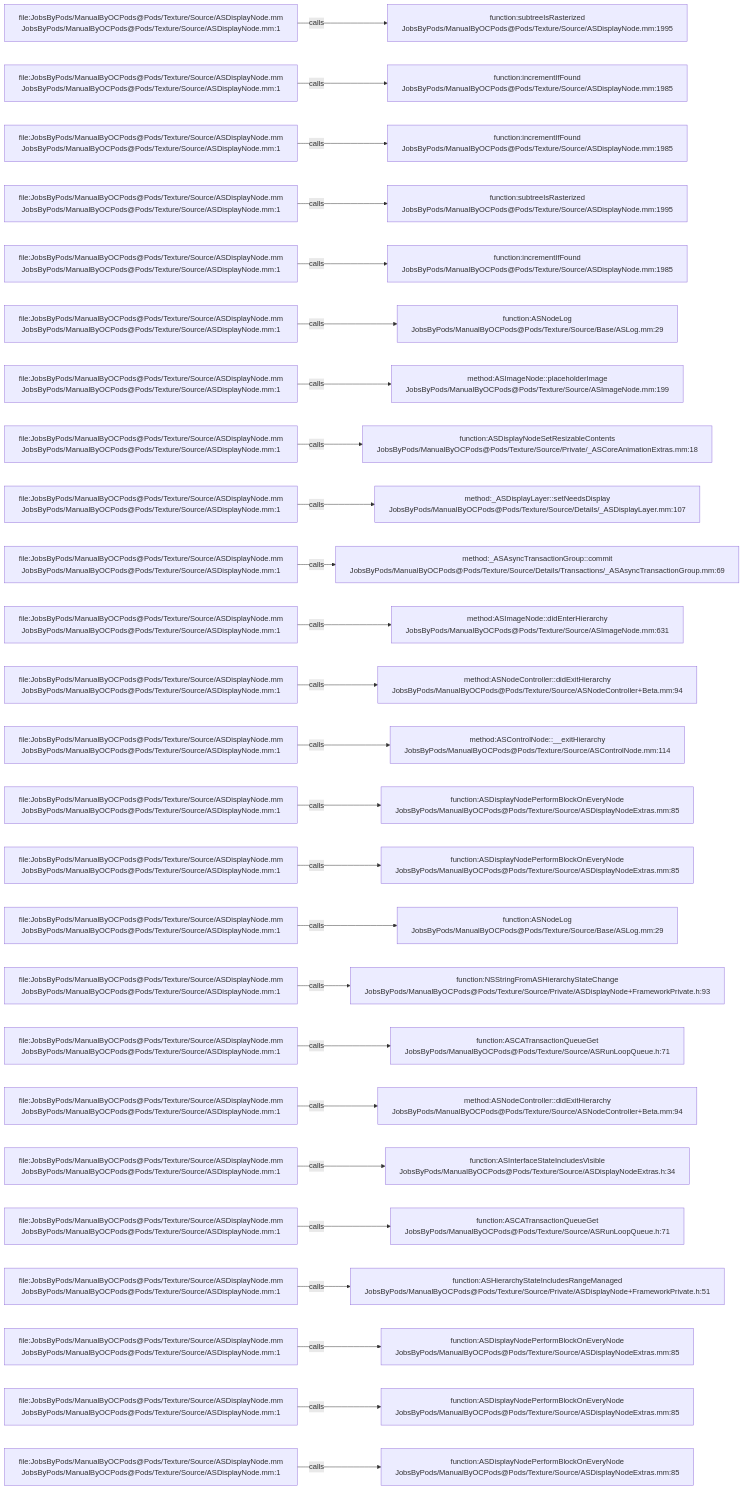
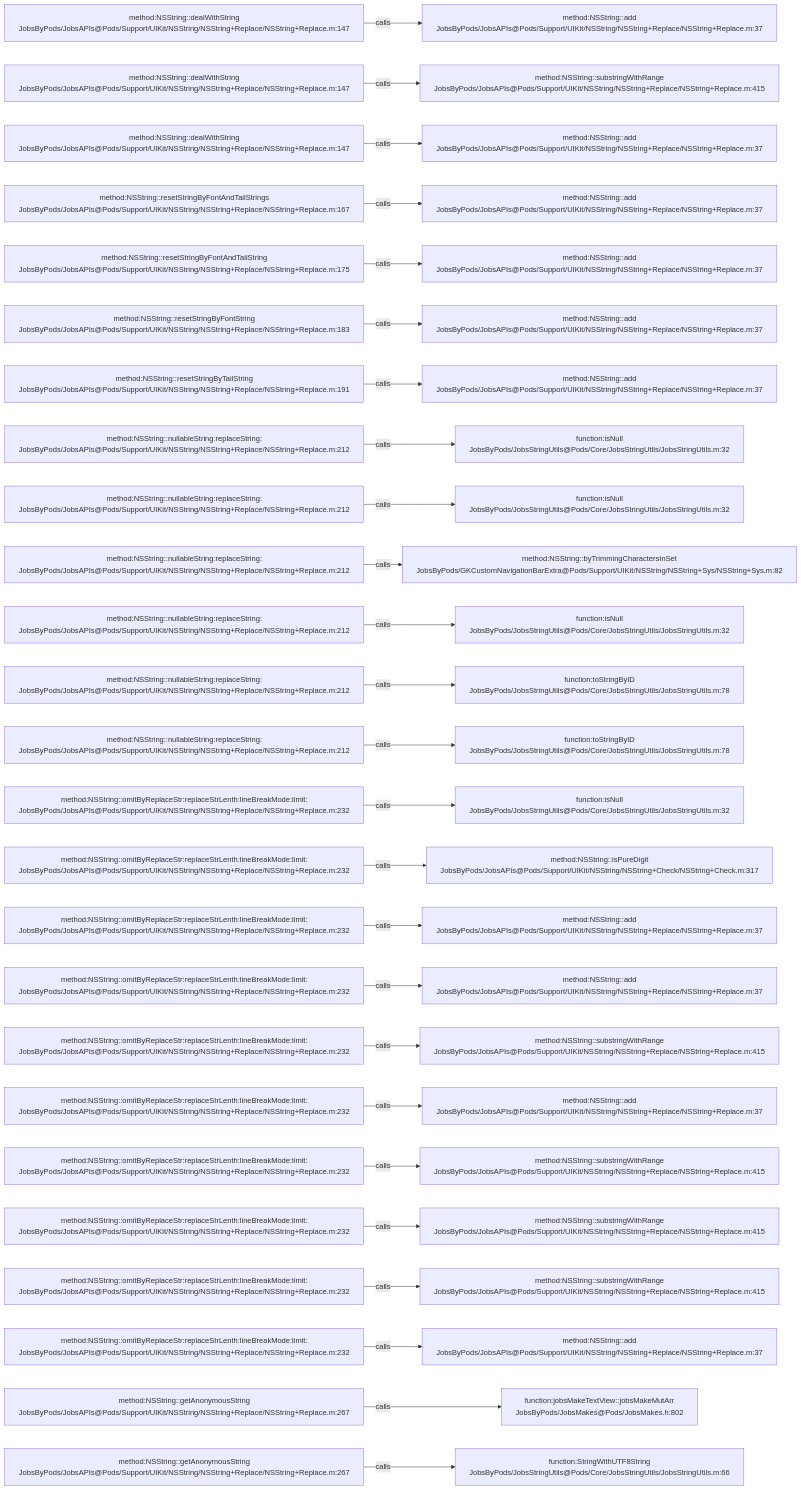
One commit to JobsKits/JobsOCBaseConfigDemo changed the diagram in .codegraph/codegraph.md/graphs/calls-087.md. Above: the diagram before and after it, drawn with Mermaid. The commit also changed 768 other files, not shown here.

````diff
--- a/.codegraph/codegraph.md/graphs/calls-087.md
+++ b/.codegraph/codegraph.md/graphs/calls-087.md
@@ -13,78 +13,78 @@
 ```mermaid
 flowchart LR
-  S1["file:JobsByPods/ManualByOCPods@Pods/Texture/Source/ASDisplayNode.mm<br/>JobsByPods/ManualByOCPods@Pods/Texture/Source/ASDisplayNode.mm:1"]
-  T1["function:subtreeIsRasterized<br/>JobsByPods/ManualByOCPods@Pods/Texture/Source/ASDisplayNode.mm:1995"]
+  S1["method:NSString::dealWithString<br/>JobsByPods/JobsAPIs@Pods/Support/UIKit/NSString/NSString+Replace/NSString+Replace.m:147"]
+  T1["method:NSString::add<br/>JobsByPods/JobsAPIs@Pods/Support/UIKit/NSString/NSString+Replace/NSString+Replace.m:37"]
   S1 -->|calls| T1
-  S2["file:JobsByPods/ManualByOCPods@Pods/Texture/Source/ASDisplayNode.mm<br/>JobsByPods/ManualByOCPods@Pods/Texture/Source/ASDisplayNode.mm:1"]
-  T2["function:incrementIfFound<br/>JobsByPods/ManualByOCPods@Pods/Texture/Source/ASDisplayNode.mm:1985"]
+  S2["method:NSString::dealWithString<br/>JobsByPods/JobsAPIs@Pods/Support/UIKit/NSString/NSString+Replace/NSString+Replace.m:147"]
+  T2["method:NSString::substringWithRange<br/>JobsByPods/JobsAPIs@Pods/Support/UIKit/NSString/NSString+Replace/NSString+Replace.m:415"]
   S2 -->|calls| T2
-  S3["file:JobsByPods/ManualByOCPods@Pods/Texture/Source/ASDisplayNode.mm<br/>JobsByPods/ManualByOCPods@Pods/Texture/Source/ASDisplayNode.mm:1"]
-  T3["function:incrementIfFound<br/>JobsByPods/ManualByOCPods@Pods/Texture/Source/ASDisplayNode.mm:1985"]
+  S3["method:NSString::dealWithString<br/>JobsByPods/JobsAPIs@Pods/Support/UIKit/NSString/NSString+Replace/NSString+Replace.m:147"]
+  T3["method:NSString::add<br/>JobsByPods/JobsAPIs@Pods/Support/UIKit/NSString/NSString+Replace/NSString+Replace.m:37"]
   S3 -->|calls| T3
-  S4["file:JobsByPods/ManualByOCPods@Pods/Texture/Source/ASDisplayNode.mm<br/>JobsByPods/ManualByOCPods@Pods/Texture/Source/ASDisplayNode.mm:1"]
-  T4["function:subtreeIsRasterized<br/>JobsByPods/ManualByOCPods@Pods/Texture/Source/ASDisplayNode.mm:1995"]
+  S4["method:NSString::resetStringByFontAndTailStrings<br/>JobsByPods/JobsAPIs@Pods/Support/UIKit/NSString/NSString+Replace/NSString+Replace.m:167"]
+  T4["method:NSString::add<br/>JobsByPods/JobsAPIs@Pods/Support/UIKit/NSString/NSString+Replace/NSString+Replace.m:37"]
   S4 -->|calls| T4
-  S5["file:JobsByPods/ManualByOCPods@Pods/Texture/Source/ASDisplayNode.mm<br/>JobsByPods/ManualByOCPods@Pods/Texture/Source/ASDisplayNode.mm:1"]
-  T5["function:incrementIfFound<br/>JobsByPods/ManualByOCPods@Pods/Texture/Source/ASDisplayNode.mm:1985"]
+  S5["method:NSString::resetStringByFontAndTailString<br/>JobsByPods/JobsAPIs@Pods/Support/UIKit/NSString/NSString+Replace/NSString+Replace.m:175"]
+  T5["method:NSString::add<br/>JobsByPods/JobsAPIs@Pods/Support/UIKit/NSString/NSString+Replace/NSString+Replace.m:37"]
   S5 -->|calls| T5
-  S6["file:JobsByPods/ManualByOCPods@Pods/Texture/Source/ASDisplayNode.mm<br/>JobsByPods/ManualByOCPods@Pods/Texture/Source/ASDisplayNode.mm:1"]
-  T6["function:ASNodeLog<br/>JobsByPods/ManualByOCPods@Pods/Texture/Source/Base/ASLog.mm:29"]
+  S6["method:NSString::resetStringByFontString<br/>JobsByPods/JobsAPIs@Pods/Support/UIKit/NSString/NSString+Replace/NSString+Replace.m:183"]
+  T6["method:NSString::add<br/>JobsByPods/JobsAPIs@Pods/Support/UIKit/NSString/NSString+Replace/NSString+Replace.m:37"]
   S6 -->|calls| T6
-  S7["file:JobsByPods/ManualByOCPods@Pods/Texture/Source/ASDisplayNode.mm<br/>JobsByPods/ManualByOCPods@Pods/Texture/Source/ASDisplayNode.mm:1"]
-  T7["method:ASImageNode::placeholderImage<br/>JobsByPods/ManualByOCPods@Pods/Texture/Source/ASImageNode.mm:199"]
+  S7["method:NSString::resetStringByTailString<br/>JobsByPods/JobsAPIs@Pods/Support/UIKit/NSString/NSString+Replace/NSString+Replace.m:191"]
+  T7["method:NSString::add<br/>JobsByPods/JobsAPIs@Pods/Support/UIKit/NSString/NSString+Replace/NSString+Replace.m:37"]
   S7 -->|calls| T7
-  S8["file:JobsByPods/ManualByOCPods@Pods/Texture/Source/ASDisplayNode.mm<br/>JobsByPods/ManualByOCPods@Pods/Texture/Source/ASDisplayNode.mm:1"]
-  T8["function:ASDisplayNodeSetResizableContents<br/>JobsByPods/ManualByOCPods@Pods/Texture/Source/Private/_ASCoreAnimationExtras.mm:18"]
+  S8["method:NSString::nullableString:replaceString:<br/>JobsByPods/JobsAPIs@Pods/Support/UIKit/NSString/NSString+Replace/NSString+Replace.m:212"]
+  T8["function:isNull<br/>JobsByPods/JobsStringUtils@Pods/Core/JobsStringUtils/JobsStringUtils.m:32"]
   S8 -->|calls| T8
-  S9["file:JobsByPods/ManualByOCPods@Pods/Texture/Source/ASDisplayNode.mm<br/>JobsByPods/ManualByOCPods@Pods/Texture/Source/ASDisplayNode.mm:1"]
-  T9["method:_ASDisplayLayer::setNeedsDisplay<br/>JobsByPods/ManualByOCPods@Pods/Texture/Source/Details/_ASDisplayLayer.mm:107"]
+  S9["method:NSString::nullableString:replaceString:<br/>JobsByPods/JobsAPIs@Pods/Support/UIKit/NSString/NSString+Replace/NSString+Replace.m:212"]
+  T9["function:isNull<br/>JobsByPods/JobsStringUtils@Pods/Core/JobsStringUtils/JobsStringUtils.m:32"]
   S9 -->|calls| T9
-  S10["file:JobsByPods/ManualByOCPods@Pods/Texture/Source/ASDisplayNode.mm<br/>JobsByPods/ManualByOCPods@Pods/Texture/Source/ASDisplayNode.mm:1"]
-  T10["method:_ASAsyncTransactionGroup::commit<br/>JobsByPods/ManualByOCPods@Pods/Texture/Source/Details/Transactions/_ASAsyncTransactionGroup.mm:69"]
+  S10["method:NSString::nullableString:replaceString:<br/>JobsByPods/JobsAPIs@Pods/Support/UIKit/NSString/NSString+Replace/NSString+Replace.m:212"]
+  T10["method:NSString::byTrimmingCharactersInSet<br/>JobsByPods/GKCustomNavigationBarExtra@Pods/Support/UIKit/NSString/NSString+Sys/NSString+Sys.m:82"]
   S10 -->|calls| T10
-  S11["file:JobsByPods/ManualByOCPods@Pods/Texture/Source/ASDisplayNode.mm<br/>JobsByPods/ManualByOCPods@Pods/Texture/Source/ASDisplayNode.mm:1"]
-  T11["method:ASImageNode::didEnterHierarchy<br/>JobsByPods/ManualByOCPods@Pods/Texture/Source/ASImageNode.mm:631"]
+  S11["method:NSString::nullableString:replaceString:<br/>JobsByPods/JobsAPIs@Pods/Support/UIKit/NSString/NSString+Replace/NSString+Replace.m:212"]
+  T11["function:isNull<br/>JobsByPods/JobsStringUtils@Pods/Core/JobsStringUtils/JobsStringUtils.m:32"]
   S11 -->|calls| T11
-  S12["file:JobsByPods/ManualByOCPods@Pods/Texture/Source/ASDisplayNode.mm<br/>JobsByPods/ManualByOCPods@Pods/Texture/Source/ASDisplayNode.mm:1"]
-  T12["method:ASNodeController::didExitHierarchy<br/>JobsByPods/ManualByOCPods@Pods/Texture/Source/ASNodeController+Beta.mm:94"]
+  S12["method:NSString::nullableString:replaceString:<br/>JobsByPods/JobsAPIs@Pods/Support/UIKit/NSString/NSString+Replace/NSString+Replace.m:212"]
+  T12["function:toStringByID<br/>JobsByPods/JobsStringUtils@Pods/Core/JobsStringUtils/JobsStringUtils.m:78"]
   S12 -->|calls| T12
-  S13["file:JobsByPods/ManualByOCPods@Pods/Texture/Source/ASDisplayNode.mm<br/>JobsByPods/ManualByOCPods@Pods/Texture/Source/ASDisplayNode.mm:1"]
-  T13["method:ASControlNode::__exitHierarchy<br/>JobsByPods/ManualByOCPods@Pods/Texture/Source/ASControlNode.mm:114"]
+  S13["method:NSString::nullableString:replaceString:<br/>JobsByPods/JobsAPIs@Pods/Support/UIKit/NSString/NSString+Replace/NSString+Replace.m:212"]
+  T13["function:toStringByID<br/>JobsByPods/JobsStringUtils@Pods/Core/JobsStringUtils/JobsStringUtils.m:78"]
   S13 -->|calls| T13
-  S14["file:JobsByPods/ManualByOCPods@Pods/Texture/Source/ASDisplayNode.mm<br/>JobsByPods/ManualByOCPods@Pods/Texture/Source/ASDisplayNode.mm:1"]
-  T14["function:ASDisplayNodePerformBlockOnEveryNode<br/>JobsByPods/ManualByOCPods@Pods/Texture/Source/ASDisplayNodeExtras.mm:85"]
+  S14["method:NSString::omitByReplaceStr:replaceStrLenth:lineBreakMode:limit:<br/>JobsByPods/JobsAPIs@Pods/Support/UIKit/NSString/NSString+Replace/NSString+Replace.m:232"]
+  T14["function:isNull<br/>JobsByPods/JobsStringUtils@Pods/Core/JobsStringUtils/JobsStringUtils.m:32"]
   S14 -->|calls| T14
-  S15["file:JobsByPods/ManualByOCPods@Pods/Texture/Source/ASDisplayNode.mm<br/>JobsByPods/ManualByOCPods@Pods/Texture/Source/ASDisplayNode.mm:1"]
-  T15["function:ASDisplayNodePerformBlockOnEveryNode<br/>JobsByPods/ManualByOCPods@Pods/Texture/Source/ASDisplayNodeExtras.mm:85"]
+  S15["method:NSString::omitByReplaceStr:replaceStrLenth:lineBreakMode:limit:<br/>JobsByPods/JobsAPIs@Pods/Support/UIKit/NSString/NSString+Replace/NSString+Replace.m:232"]
+  T15["method:NSString::isPureDigit<br/>JobsByPods/JobsAPIs@Pods/Support/UIKit/NSString/NSString+Check/NSString+Check.m:317"]
   S15 -->|calls| T15
-  S16["file:JobsByPods/ManualByOCPods@Pods/Texture/Source/ASDisplayNode.mm<br/>JobsByPods/ManualByOCPods@Pods/Texture/Source/ASDisplayNode.mm:1"]
-  T16["function:ASNodeLog<br/>JobsByPods/ManualByOCPods@Pods/Texture/Source/Base/ASLog.mm:29"]
+  S16["method:NSString::omitByReplaceStr:replaceStrLenth:lineBreakMode:limit:<br/>JobsByPods/JobsAPIs@Pods/Support/UIKit/NSString/NSString+Replace/NSString+Replace.m:232"]
+  T16["method:NSString::add<br/>JobsByPods/JobsAPIs@Pods/Support/UIKit/NSString/NSString+Replace/NSString+Replace.m:37"]
   S16 -->|calls| T16
-  S17["file:JobsByPods/ManualByOCPods@Pods/Texture/Source/ASDisplayNode.mm<br/>JobsByPods/ManualByOCPods@Pods/Texture/Source/ASDisplayNode.mm:1"]
-  T17["function:NSStringFromASHierarchyStateChange<br/>JobsByPods/ManualByOCPods@Pods/Texture/Source/Private/ASDisplayNode+FrameworkPrivate.h:93"]
+  S17["method:NSString::omitByReplaceStr:replaceStrLenth:lineBreakMode:limit:<br/>JobsByPods/JobsAPIs@Pods/Support/UIKit/NSString/NSString+Replace/NSString+Replace.m:232"]
+  T17["method:NSString::add<br/>JobsByPods/JobsAPIs@Pods/Support/UIKit/NSString/NSString+Replace/NSString+Replace.m:37"]
   S17 -->|calls| T17
-  S18["file:JobsByPods/ManualByOCPods@Pods/Texture/Source/ASDisplayNode.mm<br/>JobsByPods/ManualByOCPods@Pods/Texture/Source/ASDisplayNode.mm:1"]
-  T18["function:ASCATransactionQueueGet<br/>JobsByPods/ManualByOCPods@Pods/Texture/Source/ASRunLoopQueue.h:71"]
+  S18["method:NSString::omitByReplaceStr:replaceStrLenth:lineBreakMode:limit:<br/>JobsByPods/JobsAPIs@Pods/Support/UIKit/NSString/NSString+Replace/NSString+Replace.m:232"]
+  T18["method:NSString::substringWithRange<br/>JobsByPods/JobsAPIs@Pods/Support/UIKit/NSString/NSString+Replace/NSString+Replace.m:415"]
   S18 -->|calls| T18
-  S19["file:JobsByPods/ManualByOCPods@Pods/Texture/Source/ASDisplayNode.mm<br/>JobsByPods/ManualByOCPods@Pods/Texture/Source/ASDisplayNode.mm:1"]
-  T19["method:ASNodeController::didExitHierarchy<br/>JobsByPods/ManualByOCPods@Pods/Texture/Source/ASNodeController+Beta.mm:94"]
+  S19["method:NSString::omitByReplaceStr:replaceStrLenth:lineBreakMode:limit:<br/>JobsByPods/JobsAPIs@Pods/Support/UIKit/NSString/NSString+Replace/NSString+Replace.m:232"]
+  T19["method:NSString::add<br/>JobsByPods/JobsAPIs@Pods/Support/UIKit/NSString/NSString+Replace/NSString+Replace.m:37"]
   S19 -->|calls| T19
-  S20["file:JobsByPods/ManualByOCPods@Pods/Texture/Source/ASDisplayNode.mm<br/>JobsByPods/ManualByOCPods@Pods/Texture/Source/ASDisplayNode.mm:1"]
-  T20["function:ASInterfaceStateIncludesVisible<br/>JobsByPods/ManualByOCPods@Pods/Texture/Source/ASDisplayNodeExtras.h:34"]
+  S20["method:NSString::omitByReplaceStr:replaceStrLenth:lineBreakMode:limit:<br/>JobsByPods/JobsAPIs@Pods/Support/UIKit/NSString/NSString+Replace/NSString+Replace.m:232"]
+  T20["method:NSString::substringWithRange<br/>JobsByPods/JobsAPIs@Pods/Support/UIKit/NSString/NSString+Replace/NSString+Replace.m:415"]
   S20 -->|calls| T20
-  S21["file:JobsByPods/ManualByOCPods@Pods/Texture/Source/ASDisplayNode.mm<br/>JobsByPods/ManualByOCPods@Pods/Texture/Source/ASDisplayNode.mm:1"]
-  T21["function:ASCATransactionQueueGet<br/>JobsByPods/ManualByOCPods@Pods/Texture/Source/ASRunLoopQueue.h:71"]
+  S21["method:NSString::omitByReplaceStr:replaceStrLenth:lineBreakMode:limit:<br/>JobsByPods/JobsAPIs@Pods/Support/UIKit/NSString/NSString+Replace/NSString+Replace.m:232"]
+  T21["method:NSString::substringWithRange<br/>JobsByPods/JobsAPIs@Pods/Support/UIKit/NSString/NSString+Replace/NSString+Replace.m:415"]
   S21 -->|calls| T21
-  S22["file:JobsByPods/ManualByOCPods@Pods/Texture/Source/ASDisplayNode.mm<br/>JobsByPods/ManualByOCPods@Pods/Texture/Source/ASDisplayNode.mm:1"]
-  T22["function:ASHierarchyStateIncludesRangeManaged<br/>JobsByPods/ManualByOCPods@Pods/Texture/Source/Private/ASDisplayNode+FrameworkPrivate.h:51"]
+  S22["method:NSString::omitByReplaceStr:replaceStrLenth:lineBreakMode:limit:<br/>JobsByPods/JobsAPIs@Pods/Support/UIKit/NSString/NSString+Replace/NSString+Replace.m:232"]
+  T22["method:NSString::substringWithRange<br/>JobsByPods/JobsAPIs@Pods/Support/UIKit/NSString/NSString+Replace/NSString+Replace.m:415"]
   S22 -->|calls| T22
-  S23["file:JobsByPods/ManualByOCPods@Pods/Texture/Source/ASDisplayNode.mm<br/>JobsByPods/ManualByOCPods@Pods/Texture/Source/ASDisplayNode.mm:1"]
-  T23["function:ASDisplayNodePerformBlockOnEveryNode<br/>JobsByPods/ManualByOCPods@Pods/Texture/Source/ASDisplayNodeExtras.mm:85"]
+  S23["method:NSString::omitByReplaceStr:replaceStrLenth:lineBreakMode:limit:<br/>JobsByPods/JobsAPIs@Pods/Support/UIKit/NSString/NSString+Replace/NSString+Replace.m:232"]
+  T23["method:NSString::add<br/>JobsByPods/JobsAPIs@Pods/Support/UIKit/NSString/NSString+Replace/NSString+Replace.m:37"]
   S23 -->|calls| T23
-  S24["file:JobsByPods/ManualByOCPods@Pods/Texture/Source/ASDisplayNode.mm<br/>JobsByPods/ManualByOCPods@Pods/Texture/Source/ASDisplayNode.mm:1"]
-  T24["function:ASDisplayNodePerformBlockOnEveryNode<br/>JobsByPods/ManualByOCPods@Pods/Texture/Source/ASDisplayNodeExtras.mm:85"]
+  S24["method:NSString::getAnonymousString<br/>JobsByPods/JobsAPIs@Pods/Support/UIKit/NSString/NSString+Replace/NSString+Replace.m:267"]
+  T24["function:jobsMakeTextView::jobsMakeMutArr<br/>JobsByPods/JobsMakes@Pods/JobsMakes.h:802"]
   S24 -->|calls| T24
-  S25["file:JobsByPods/ManualByOCPods@Pods/Texture/Source/ASDisplayNode.mm<br/>JobsByPods/ManualByOCPods@Pods/Texture/Source/ASDisplayNode.mm:1"]
-  T25["function:ASDisplayNodePerformBlockOnEveryNode<br/>JobsByPods/ManualByOCPods@Pods/Texture/Source/ASDisplayNodeExtras.mm:85"]
+  S25["method:NSString::getAnonymousString<br/>JobsByPods/JobsAPIs@Pods/Support/UIKit/NSString/NSString+Replace/NSString+Replace.m:267"]
+  T25["function:StringWithUTF8String<br/>JobsByPods/JobsStringUtils@Pods/Core/JobsStringUtils/JobsStringUtils.m:66"]
   S25 -->|calls| T25
 ```
````
